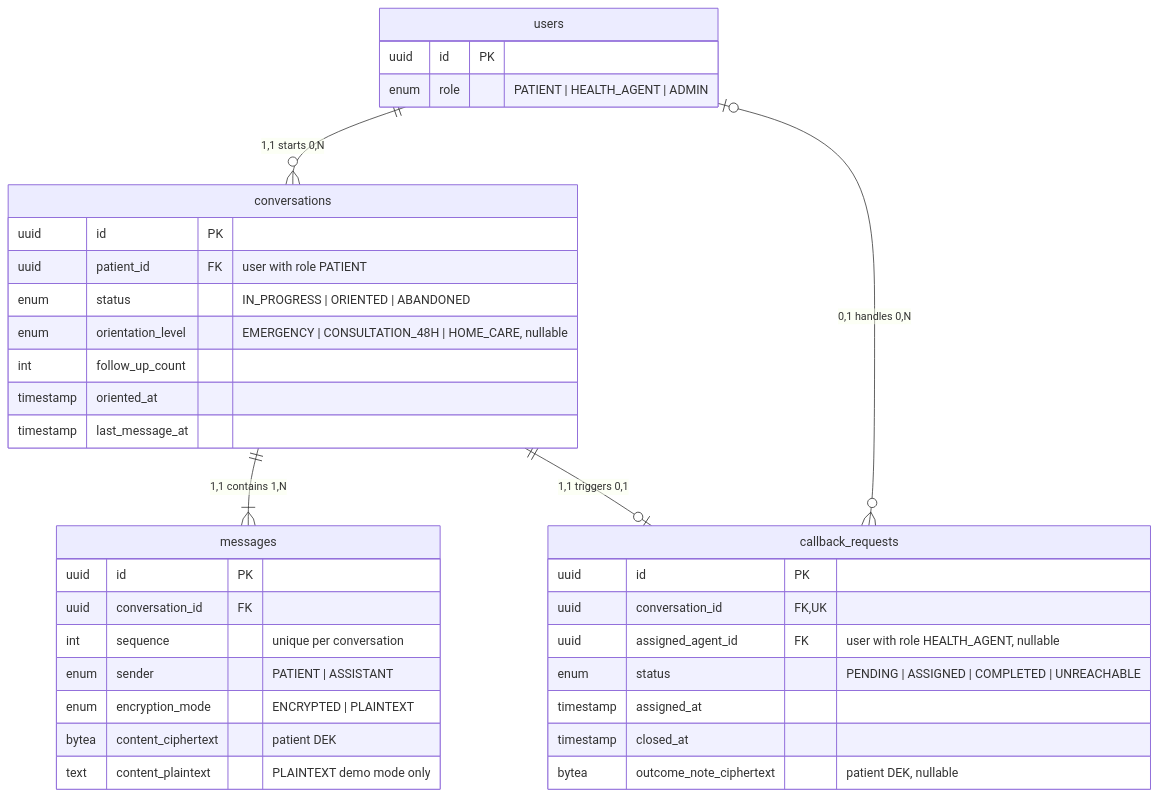
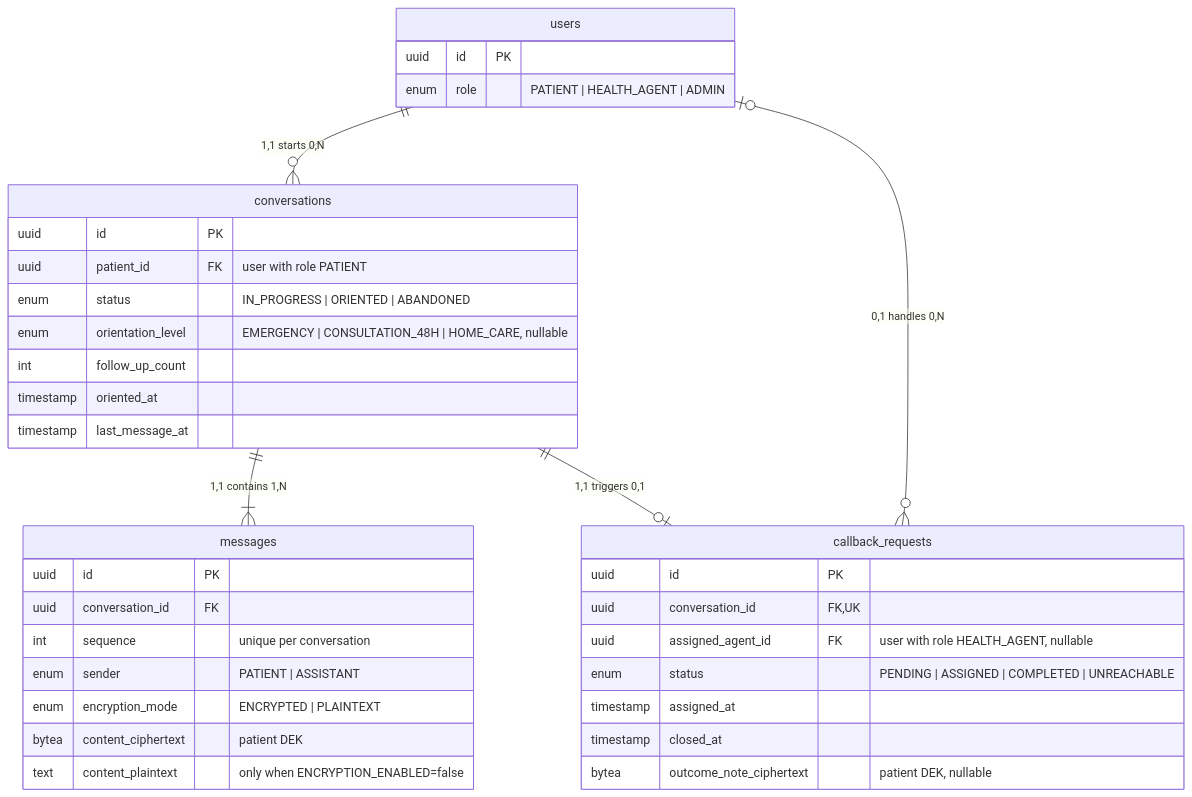
The fourth of 4 diagrams in docs/orienta-backend-data-model.md (jeanpierreaigbede/Orienta), drawn with Mermaid before and after one commit.

Commit message:
docs: data model note on ENCRYPTION_ENABLED

````diff
--- a/docs/orienta-backend-data-model.md
+++ b/docs/orienta-backend-data-model.md
@@ -131,39 +131,39 @@
 ```mermaid
 erDiagram
     users ||--o{ conversations : "1,1 starts 0,N"
     conversations ||--|{ messages : "1,1 contains 1,N"
     conversations ||--o| callback_requests : "1,1 triggers 0,1"
     users |o--o{ callback_requests : "0,1 handles 0,N"
 
     conversations {
         uuid id PK
         uuid patient_id FK "user with role PATIENT"
         enum status "IN_PROGRESS | ORIENTED | ABANDONED"
         enum orientation_level "EMERGENCY | CONSULTATION_48H | HOME_CARE, nullable"
         int follow_up_count
         timestamp oriented_at
         timestamp last_message_at
     }
     messages {
         uuid id PK
         uuid conversation_id FK
         int sequence "unique per conversation"
         enum sender "PATIENT | ASSISTANT"
         enum encryption_mode "ENCRYPTED | PLAINTEXT"
         bytea content_ciphertext "patient DEK"
-        text content_plaintext "PLAINTEXT demo mode only"
+        text content_plaintext "only when ENCRYPTION_ENABLED=false"
     }
     callback_requests {
         uuid id PK
         uuid conversation_id FK, UK
         uuid assigned_agent_id FK "user with role HEALTH_AGENT, nullable"
         enum status "PENDING | ASSIGNED | COMPLETED | UNREACHABLE"
         timestamp assigned_at
         timestamp closed_at
         bytea outcome_note_ciphertext "patient DEK, nullable"
     }
     users {
         uuid id PK
         enum role "PATIENT | HEALTH_AGENT | ADMIN"
     }
 ```
````
